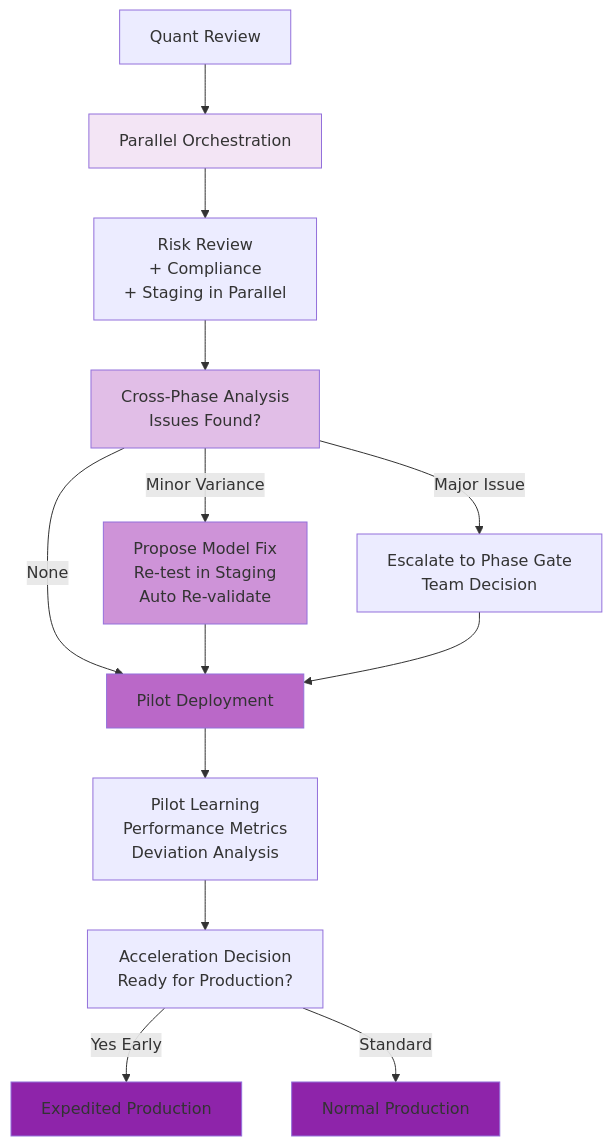
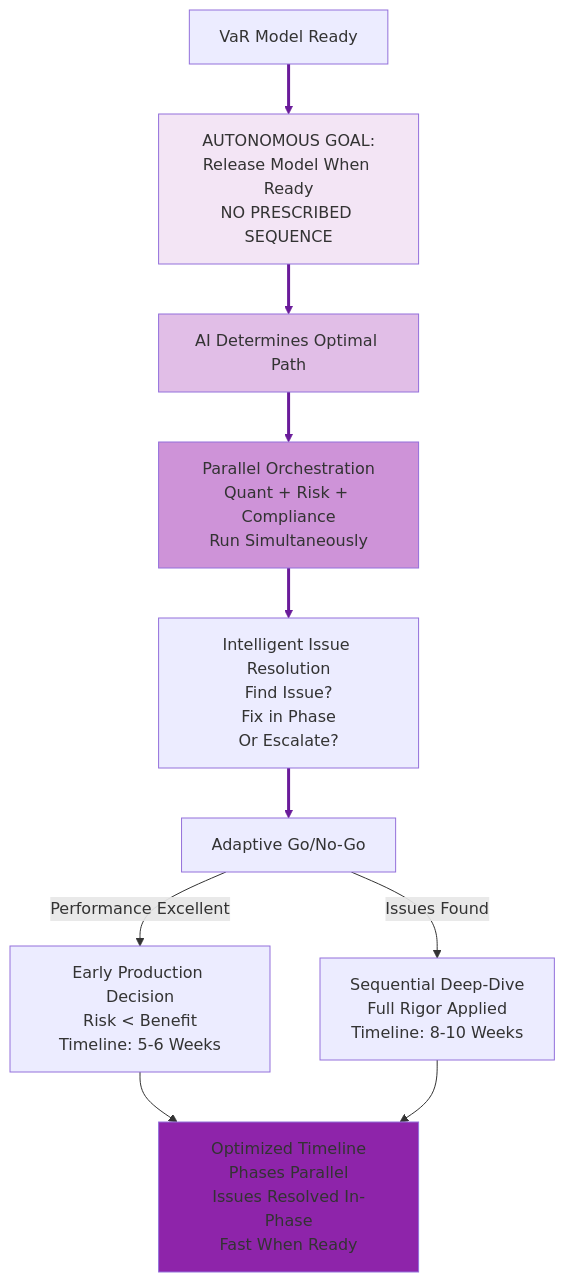
One commit to whatevergeek/agentic_vs_deterministic changed diagram 12 of 18 in debate_shortlisted_topics_slide_prep.md. Above: the diagram before and after it, drawn with Mermaid. The commit also changed other lines of this file, not shown here.

````diff
--- a/debate_shortlisted_topics_slide_prep.md
+++ b/debate_shortlisted_topics_slide_prep.md
@@ -486,22 +518,19 @@
 ```mermaid
 graph TD
-    A["Quant Review"] --> B["Parallel Orchestration"]
-    B --> C["Risk Review<br/>+ Compliance<br/>+ Staging in Parallel"]
-    C --> D["Cross-Phase Analysis<br/>Issues Found?"]
-    D -->|"Minor Variance"| E["Propose Model Fix<br/>Re-test in Staging<br/>Auto Re-validate"]
-    D -->|"Major Issue"| F["Escalate to Phase Gate<br/>Team Decision"]
-    D -->|"None"| G["Pilot Deployment"]
-    E --> G
-    F --> G
-    G --> H["Pilot Learning<br/>Performance Metrics<br/>Deviation Analysis"]
-    H --> I["Acceleration Decision<br/>Ready for Production?"]
-    I -->|"Yes Early"| J["Expedited Production"]
-    I -->|"Standard"| K["Normal Production"]
+    A["VaR Model Ready"] --> B["AUTONOMOUS GOAL:<br/>Release Model When Ready<br/>NO PRESCRIBED SEQUENCE"]
+    B --> C["AI Determines Optimal Path"]
+    C --> D["Parallel Orchestration<br/>Quant + Risk + Compliance<br/>Run Simultaneously"]
+    D --> E["Intelligent Issue Resolution<br/>Find Issue?<br/>Fix in Phase<br/>Or Escalate?"]
+    E --> F["Adaptive Go/No-Go"]
+    F -->|"Performance Excellent"| G["Early Production Decision<br/>Risk < Benefit<br/>Timeline: 5-6 Weeks"]
+    F -->|"Issues Found"| H["Sequential Deep-Dive<br/>Full Rigor Applied<br/>Timeline: 8-10 Weeks"]
+    G --> I["Optimized Timeline<br/>Phases Parallel<br/>Issues Resolved In-Phase<br/>Fast When Ready"]
+    H --> I
     
     style B fill:#f3e5f5
-    style D fill:#e1bee7
-    style E fill:#ce93d8
-    style G fill:#ba68c8
-    style J fill:#8e24aa
-    style K fill:#8e24aa
+    style C fill:#e1bee7
+    style D fill:#ce93d8
+    style I fill:#8e24aa
+    
+    linkStyle 0,1,2,3,4 stroke:#6a1b9a,stroke-width:3px
 ```
````
